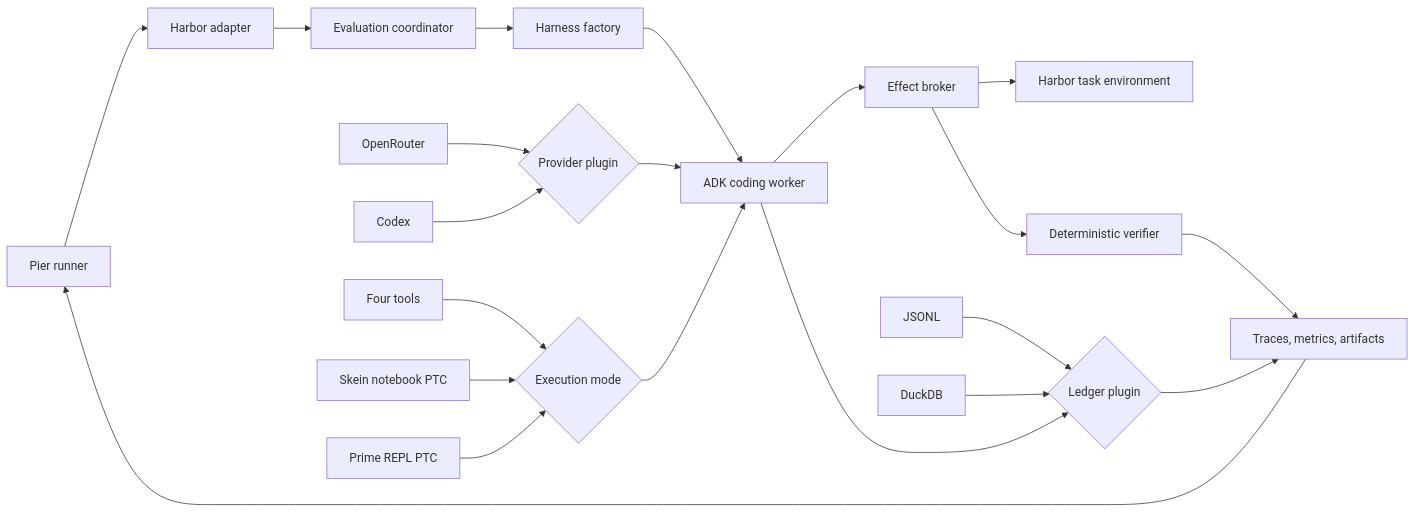
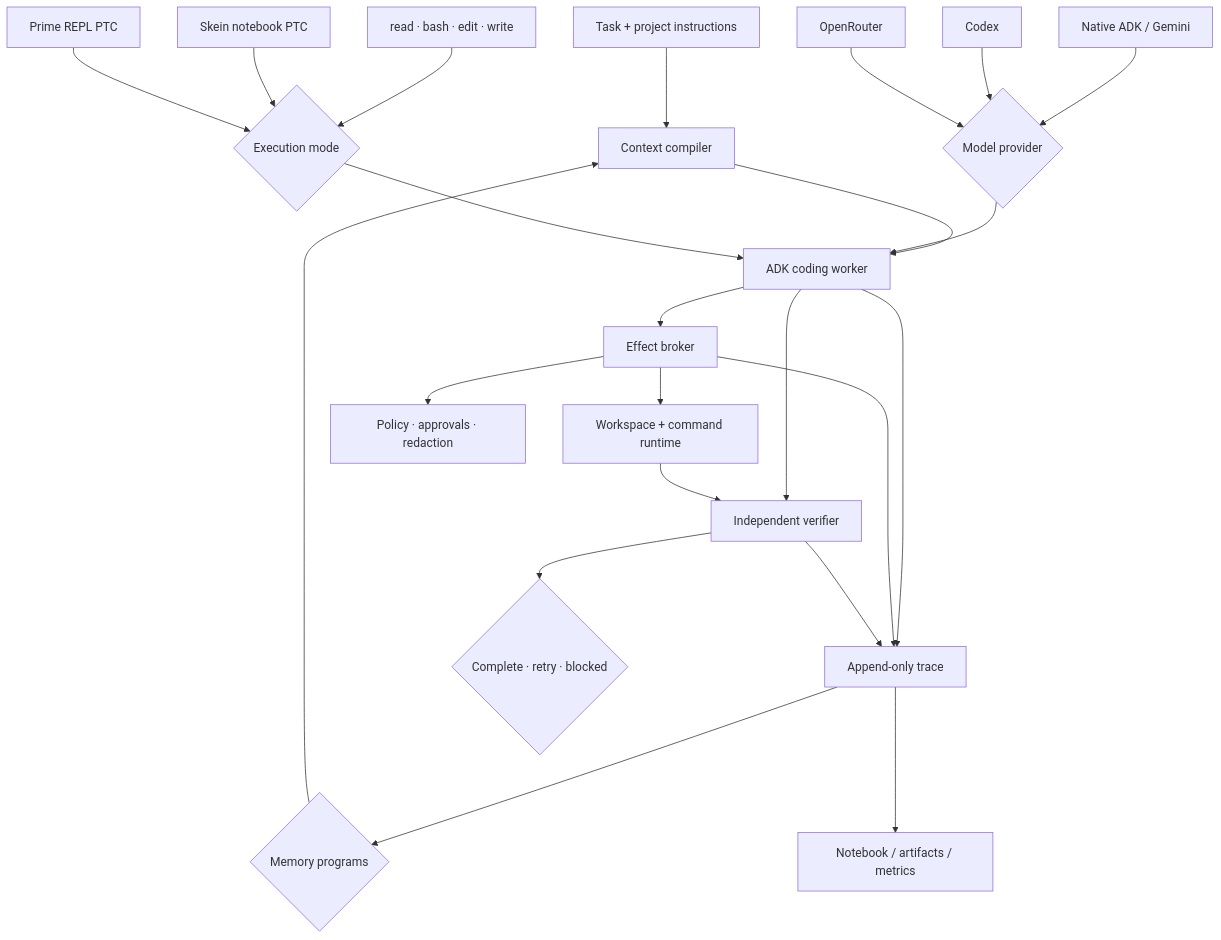
One commit to lmathia2/skein changed the diagram in docs/architecture.md. Above: the diagram before and after it, drawn with Mermaid. The commit also changed other lines of this file, not shown here.

Commit message:
docs: focus architecture on core harness

````diff
--- a/docs/architecture.md
+++ b/docs/architecture.md
@@ -7,27 +7,30 @@
 ```mermaid
-flowchart LR
-    P[Pier runner] --> A[Harbor adapter]
-    A --> C[Evaluation coordinator]
-    C --> F[Harness factory]
-    F --> W[ADK coding worker]
+flowchart TB
+    I[Task + project instructions] --> C[Context compiler]
+    C --> W[ADK coding worker]
 
-    M{Provider plugin} --> W
-    M1[OpenRouter] --> M
-    M2[Codex] --> M
+    P{Model provider} --> W
+    P1[Native ADK / Gemini] --> P
+    P2[Codex] --> P
+    P3[OpenRouter] --> P
 
     X{Execution mode} --> W
-    X1[Four tools] --> X
+    X1[read · bash · edit · write] --> X
     X2[Skein notebook PTC] --> X
     X3[Prime REPL PTC] --> X
 
     W --> B[Effect broker]
-    B --> E[Harbor task environment]
-    B --> V[Deterministic verifier]
+    B --> E[Workspace + command runtime]
+    B --> Q[Policy · approvals · redaction]
 
-    W --> L{Ledger plugin}
-    L1[JSONL] --> L
-    L2[DuckDB] --> L
-    L --> R[Traces, metrics, artifacts]
-    V --> R
-    R --> P
+    W --> T[Append-only trace]
+    B --> T
+    T --> M{Memory programs}
+    M --> C
+    T --> N[Notebook / artifacts / metrics]
+
+    W --> V[Independent verifier]
+    E --> V
+    V --> D{Complete · retry · blocked}
+    V --> T
 ```
````
